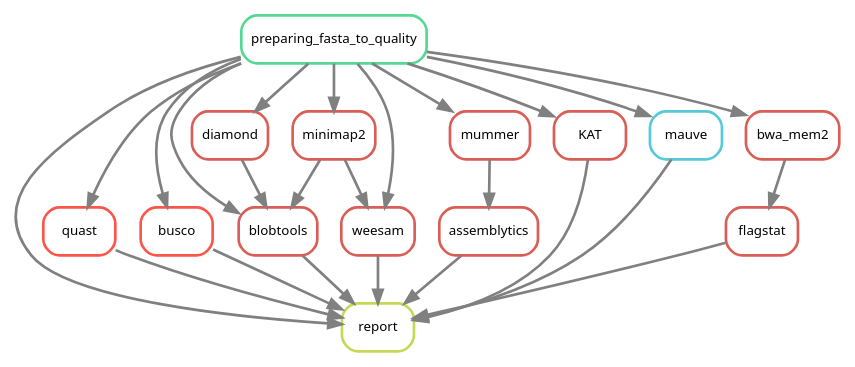
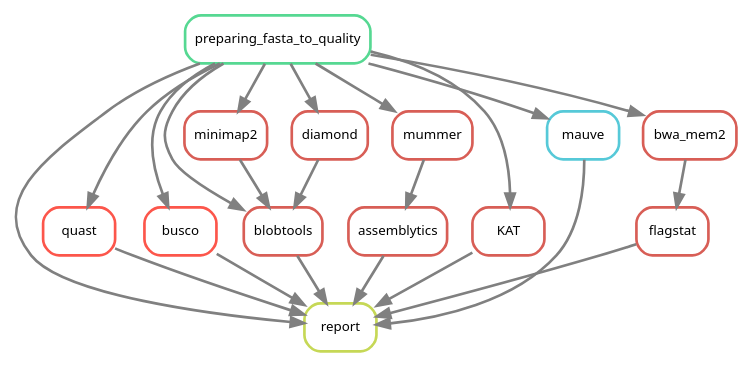
The diagram in docs/source/_images/quality.dot (SouthGreenPlatform/culebrONT), drawn with Graphviz before and after one commit. The commit also changed 15 other files, not shown here.

```diff
--- a/docs/source/_images/quality.dot
+++ b/docs/source/_images/quality.dot
@@ -1,43 +1,39 @@
 digraph snakemake_dag {
     graph[bgcolor=white, margin=0];
     node[shape=box, style=rounded, fontname=sans,                 fontsize=10, penwidth=2];
     edge[penwidth=2, color=grey];
 	1[label = "report", color = "0.19 0.6 0.85", style="rounded"];
 	2[label = "preparing_fasta_to_quality", color = "0.41 0.6 0.85", style="rounded"];
 	30[label = "quast", color = "0.01 0.7 0.99", style="rounded"];
 	32[label = "busco", color = "0.01 0.7 0.99", style="rounded"];
 	33[label = "blobtools", color = "0.01 0.6 0.85", style="rounded"];
 	34[label = "minimap2", color = "0.01 0.6 0.85", style="rounded"];
 	35[label = "diamond", color = "0.01 0.6 0.85", style="rounded"];
-	36[label = "weesam", color = "0.01 0.6 0.85", style="rounded"];
 	37[label = "assemblytics", color = "0.01 0.6 0.85", style="rounded"];
 	38[label = "mummer", color = "0.01 0.6 0.85", style="rounded"];
 	39[label = "KAT", color = "0.01 0.6 0.85", style="rounded"];
 	42[label = "flagstat", color = "0.01 0.6 0.85", style="rounded"];
 	44[label = "mauve", color = "0.52 0.6 0.85", style="rounded"];
 	43[label = "bwa_mem2", color = "0.01 0.6 0.85", style="rounded"];
 	2 -> 1
 	37 -> 1
-	36 -> 1
 	44 -> 1
 	33 -> 1
 	30 -> 1
 	39 -> 1
 	2 -> 30
 	32 -> 1
 	2 -> 32
 	2 -> 33
 	35 -> 33
 	34 -> 33
 	2 -> 34
 	2 -> 35
-	2 -> 36
-	34 -> 36
 	38 -> 37
 	2 -> 38
 	2 -> 39
 	42 -> 1
 	43 -> 42
 	2 -> 43
 	2 -> 44
 }
```
